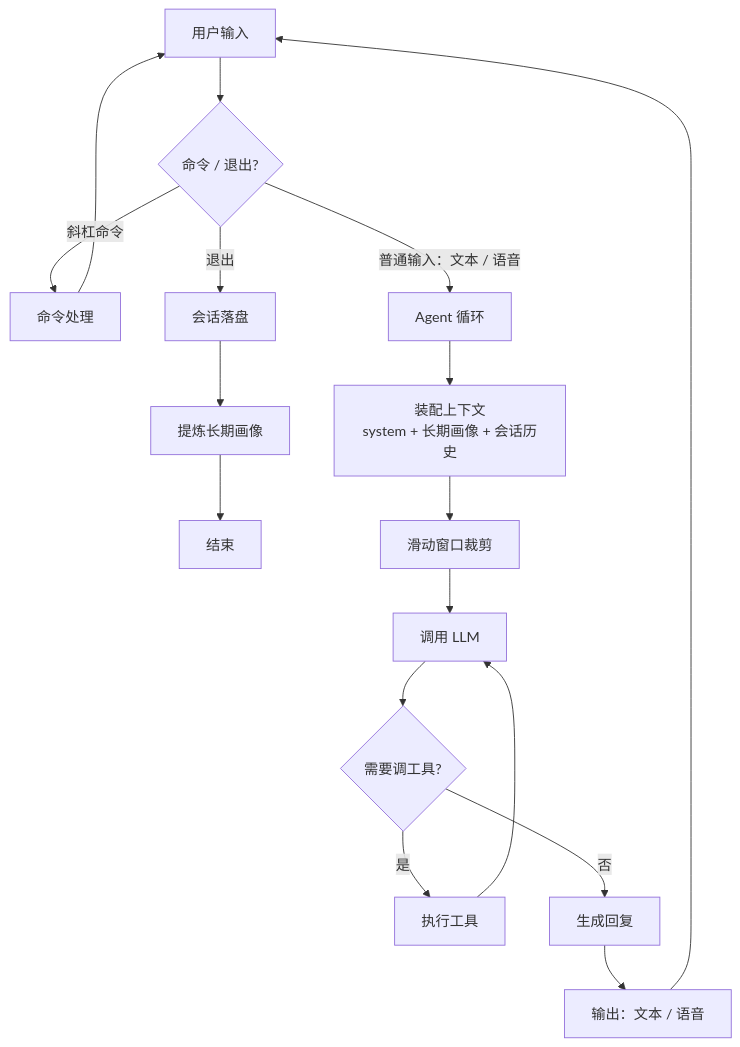
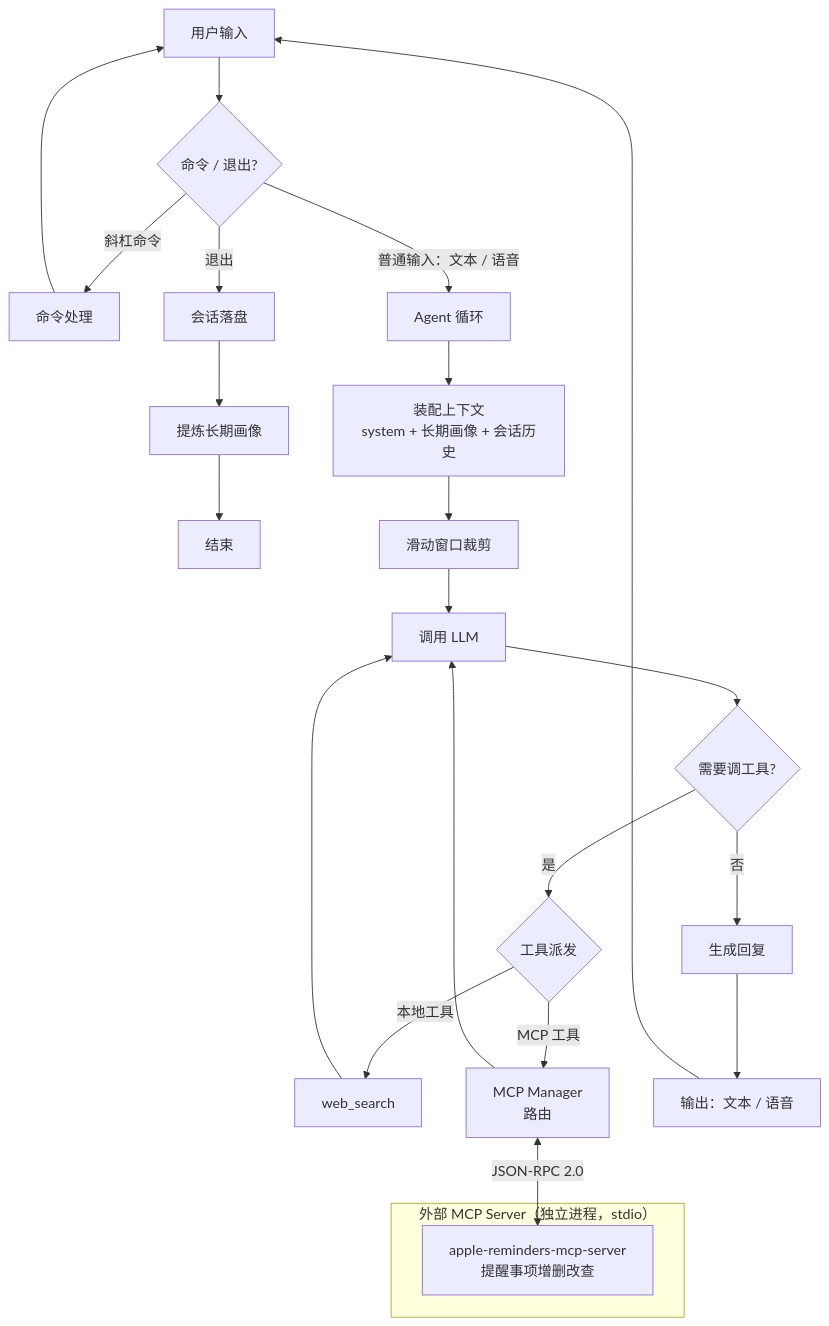
Before and after one commit to yzheeng/calendar-agent: the diagram in README.md, drawn with Mermaid. The commit also changed other lines of this file and 2 other files, not shown here.

````diff
--- a/README.md
+++ b/README.md
@@ -18,17 +18,26 @@
 ```mermaid
 flowchart TD
-    A[用户输入<br/>] --> B{命令 / 退出?}
+    A[用户输入] --> B{命令 / 退出?}
     B -- 斜杠命令 --> C[命令处理] --> A
     B -- 退出 --> M[会话落盘] --> N[提炼长期画像] --> Z[结束]
     B -- 普通输入：文本 / 语音 --> D[Agent 循环]
- 
+
     D --> E[装配上下文<br/>system + 长期画像 + 会话历史]
     E --> F[滑动窗口裁剪]
     F --> G[调用 LLM]
     G --> H{需要调工具?}
-    H -- 是 --> I[执行工具]
+    H -- 是 --> R{工具派发}
+    R -- 本地工具 --> I[web_search]
+    R -- MCP 工具 --> P[MCP Manager<br/>路由]
     I --> G
+    P --> G
     H -- 否 --> K[生成回复]
     K --> L[输出：文本 / 语音]
     L --> A
+
+    subgraph MCP_Servers [外部 MCP Server（独立进程，stdio）]
+        S[apple-reminders-mcp-server<br/>提醒事项增删改查]
+    end
+
+    P <-->|JSON-RPC 2.0| S
 ```
````
